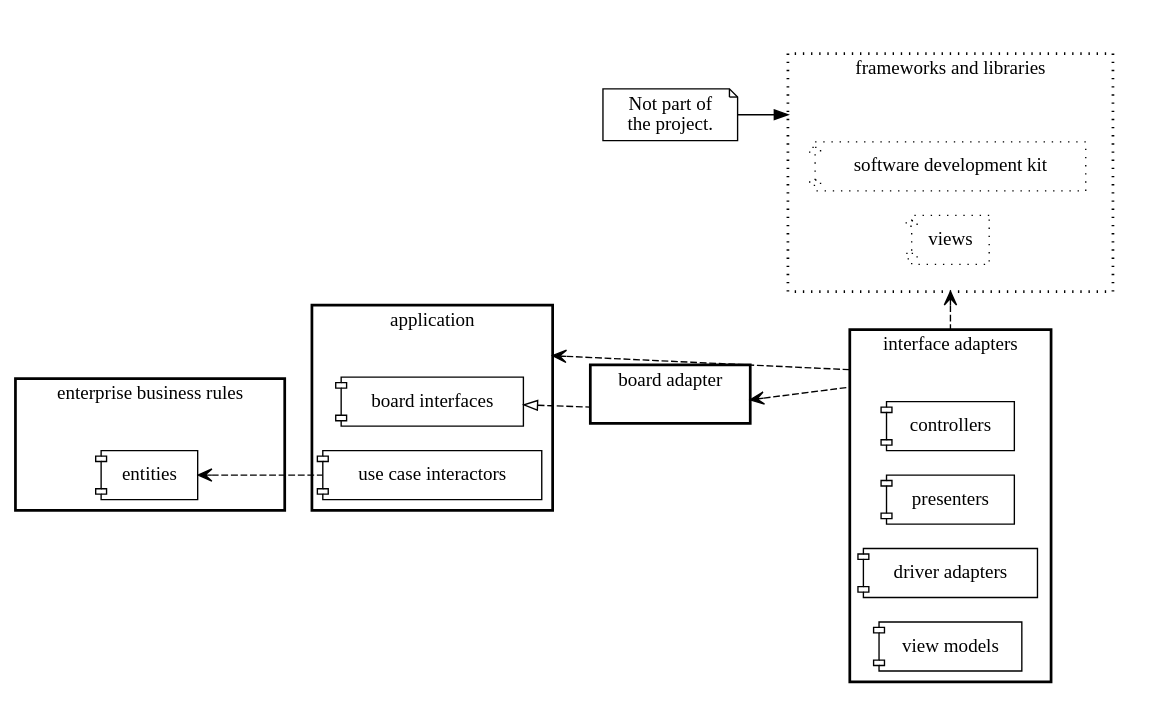
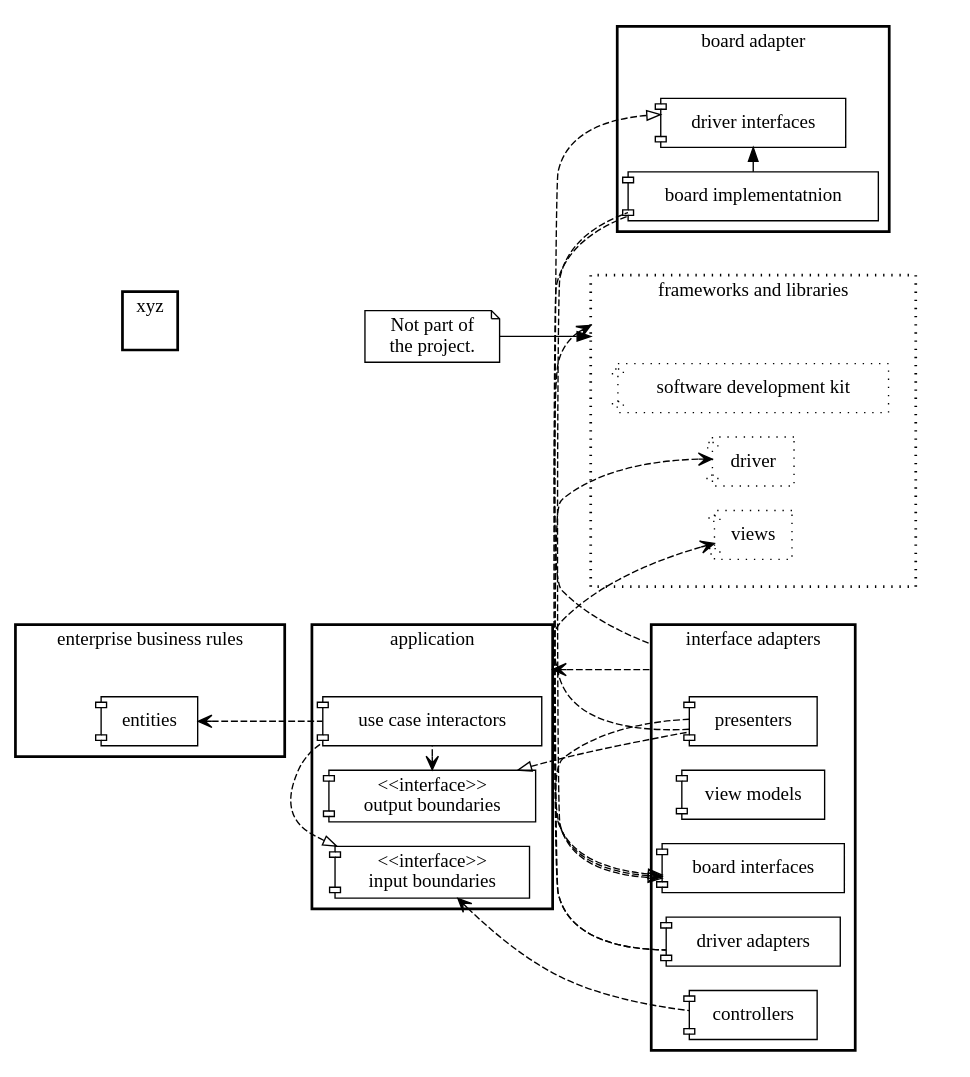
Before and after one commit to Task-Tracker-Systems/Task-Tracker-Device: the diagram in doc/layers.dot, drawn with Graphviz.

Commit message:
Refactoring graph.

```diff
--- a/doc/layers.dot
+++ b/doc/layers.dot
@@ -1,80 +1,102 @@
 digraph G {
   compound=true;
   node [shape="component"]
   newrank=true;
   rankdir="LR";
-  splines=line;
   
   
   subgraph cluster_ebr {
       label = "enterprise business rules";
       rank="same";
       style="bold";
       ebr [shape=point style=invis];
       
       entities;
   }
   
   subgraph cluster_app {
       label = "application";
       rank="same";
       style="bold";
       app [shape=point style=invis];
       
-      bi [label="board interfaces"]
+      ob [label="<<interface>>\n output boundaries"]
       uc [label="use case interactors"]
+      ib [label="<<interface>>\n input boundaries"]
   }
   
   
    subgraph clusterX_margin
    {
      style=invis
      margin=20.0
   
   subgraph cluster_thirdparty {
       label = "frameworks and libraries";
       rank="same";
       node [style="dotted"];
       style="bold,dotted";
       thirdparty[shape=point style=invis];
       
       sdk [label="software development kit"]
+      driver;
       views;
   }
    }
   
   subgraph cluster_ia {
       label = "interface adapters";
       rank="same";
       style="bold";
       ia [shape=point style=invis];
       
-      controllers, presenters, "driver adapters", "view models"
+      controllers, presenters, "view models"
+      bi [label="board interfaces"]
+      da [label="driver adapters"]
   };
+  
+   subgraph clusterX_xyz
+   {
+  
+      label = "xyz";
+      rank="same";
+      style="bold";
+      xyz [shape=point style=invis];
+   }
   
   subgraph cluster_board {
       label = "board adapter";
       rank="same";
       style="bold";
+      driver_interface [label="driver interfaces"]
       board [shape=point style=invis];
+      board_impl [label="board implementatnion"]
+      board_impl -> driver_interface;
       
   }
   
   n1 [label="Not part of\nthe project.", shape="note"]
   n1 -> thirdparty [lhead="cluster_thirdparty"];
   
   { 
       rank=source; 
-      ia, thirdparty;
+      ia, thirdparty, board;
   }
   
   {
       // dependencies
       edge [style="dashed", arrowtail="vee", dir="back"];
       thirdparty -> ia [ltail="cluster_thirdparty", lhead="cluster_ia"];
       entities -> uc;
-      bi -> board [lhead="cluster_board", arrowtail=onormal];
+      bi -> board_impl [arrowtail=onormal];
       app -> ia [ltail=cluster_app, lhead=cluster_ia];
-      board -> ia [ltail=cluster_board, lhead=cluster_ia];  
+      ib -> controllers;
+      ob -> uc;
+      ib -> uc [arrowtail=onormal];
+      ob -> presenters [arrowtail=onormal];
+      driver_interface -> da [arrowtail=onormal];
+       driver -> da;
+      views -> presenters;
+      bi -> presenters;
   } 
-}
+} 
```
